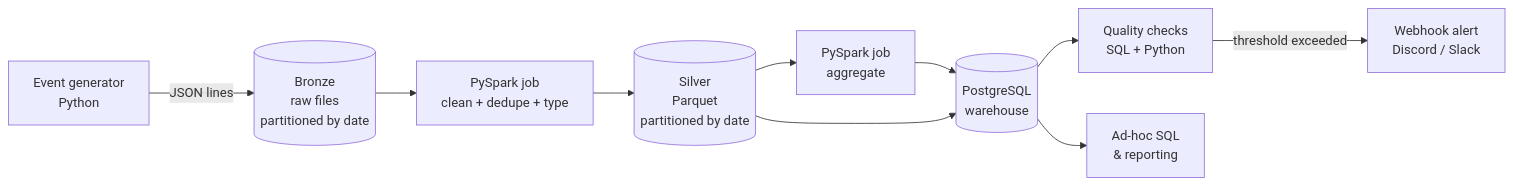
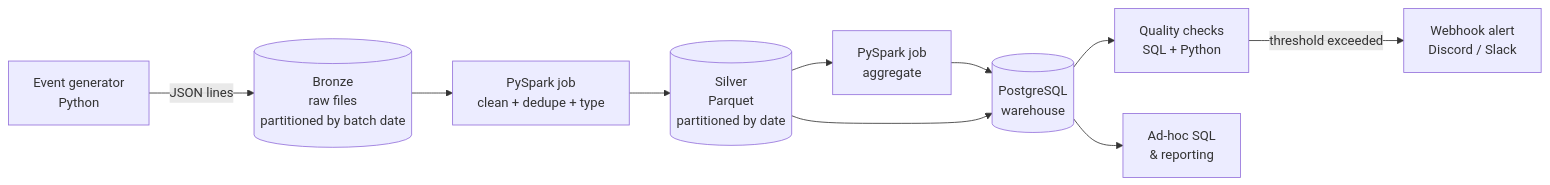
Before and after one commit to noah-blanchard/app-event-data-pipeline: the diagram in README.md, drawn with Mermaid. The commit also changed other lines of this file and 1 other file, not shown here.

Commit message:
refactor(generator): partition bronze by batch_date instead of event_date

````diff
--- a/README.md
+++ b/README.md
@@ -36,12 +36,12 @@
 ```mermaid
 flowchart LR
-    G[Event generator<br/>Python] -->|JSON lines| B[(Bronze<br/>raw files<br/>partitioned by date)]
+    G[Event generator<br/>Python] -->|JSON lines| B[(Bronze<br/>raw files<br/>partitioned by batch date)]
     B --> S[PySpark job<br/>clean + dedupe + type]
     S --> SV[(Silver<br/>Parquet<br/>partitioned by date)]
     SV --> A[PySpark job<br/>aggregate]
     A --> PG[(PostgreSQL<br/>warehouse)]
     SV --> PG
     PG --> Q[Quality checks<br/>SQL + Python]
     Q -->|threshold exceeded| W[Webhook alert<br/>Discord / Slack]
     PG --> SQL[Ad-hoc SQL<br/>& reporting]
 ```
````
